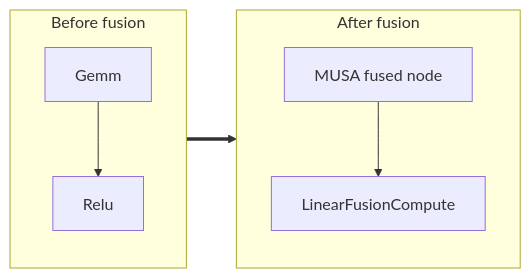
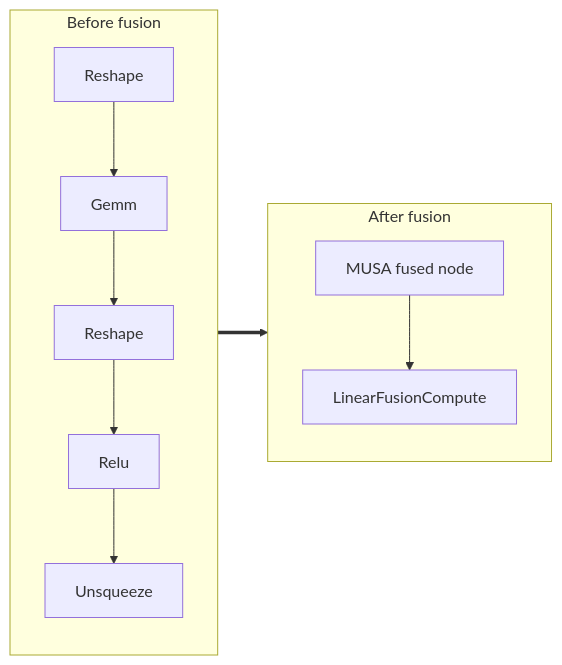
The diagram in musa/docs/fusion/gemm_activation.md (MooreThreads/onnxruntime-musa), drawn with Mermaid before and after one commit. The commit also changed other lines of this file and 3 other files, not shown here.

````diff
--- a/musa/docs/fusion/gemm_activation.md
+++ b/musa/docs/fusion/gemm_activation.md
@@ -24,14 +24,20 @@
 ```mermaid
 flowchart LR
   subgraph Before[Before fusion]
-    B0["Gemm"]
-    B1["Relu"]
+    B0["Reshape"]
+    B1["Gemm"]
+    B2["Reshape"]
+    B3["Relu"]
+    B4["Unsqueeze"]
     B0 --> B1
+    B1 --> B2
+    B2 --> B3
+    B3 --> B4
   end
   subgraph After[After fusion]
     A0["MUSA fused node"]
     A1["LinearFusionCompute"]
     A0 --> A1
   end
   Before ==> After
 ```
````
